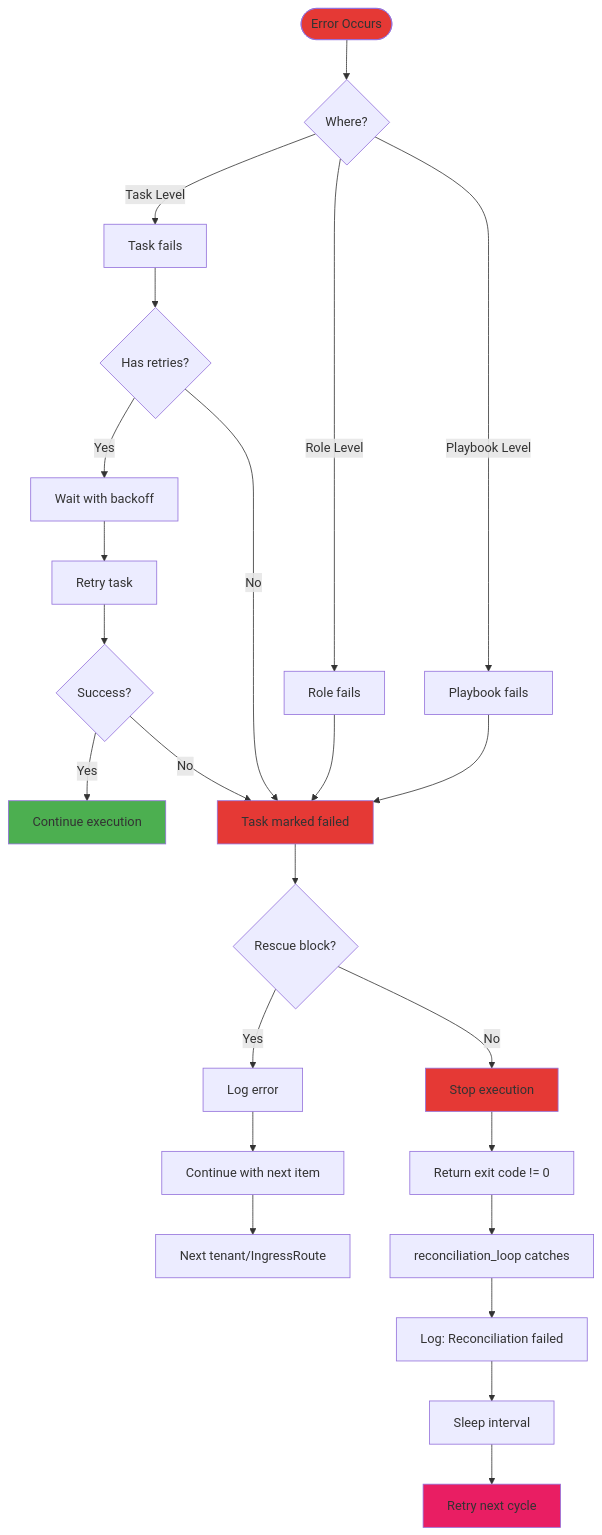
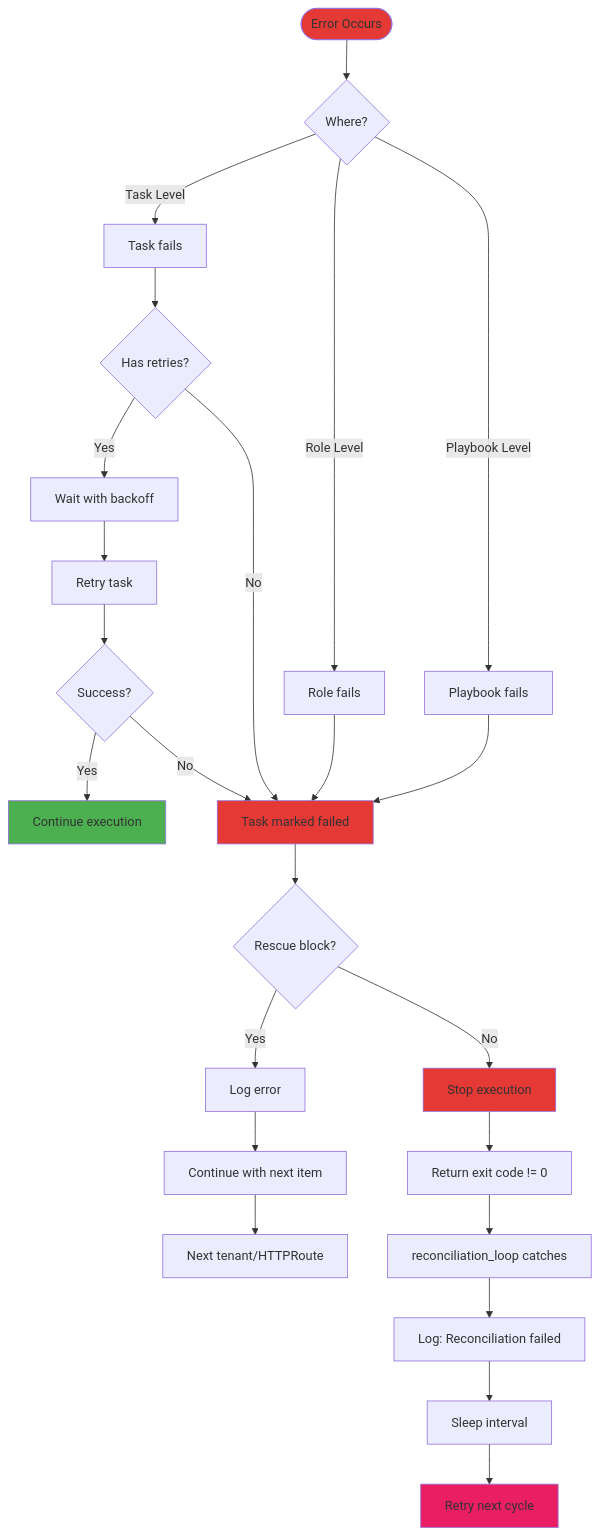
One commit to wheetazlab/cloudflare-zero-trust-operator changed diagram 19 of 20 in docs/flow.md. Above: the diagram before and after it, drawn with Mermaid. The commit also changed other lines of this file and 24 other files, not shown here.

````diff
--- a/docs/flow.md
+++ b/docs/flow.md
@@ -1183,41 +1183,41 @@
 ```mermaid
 flowchart TD
     ERROR([Error Occurs]) --> WHERE{Where?}
     
     WHERE -->|Task Level| TASK_ERR[Task fails]
     WHERE -->|Role Level| ROLE_ERR[Role fails]
     WHERE -->|Playbook Level| PLAY_ERR[Playbook fails]
     
     TASK_ERR --> RETRY{Has retries?}
     RETRY -->|Yes| WAIT[Wait with backoff]
     WAIT --> RETRY_EXEC[Retry task]
     RETRY_EXEC --> SUCCESS{Success?}
     SUCCESS -->|Yes| CONTINUE[Continue execution]
     SUCCESS -->|No| FAIL
     
     RETRY -->|No| FAIL[Task marked failed]
     
     ROLE_ERR --> FAIL
     PLAY_ERR --> FAIL
     
     FAIL --> RESCUE{Rescue block?}
     
     RESCUE -->|Yes| LOG_ERR[Log error]
     LOG_ERR --> CONTINUE_EXEC[Continue with next item]
     
     RESCUE -->|No| STOP[Stop execution]
     STOP --> EXIT_CODE[Return exit code != 0]
     
-    CONTINUE_EXEC --> NEXT[Next tenant/IngressRoute]
+    CONTINUE_EXEC --> NEXT[Next tenant/HTTPRoute]
     
     EXIT_CODE --> LOOP_CATCH[reconciliation_loop catches]
     LOOP_CATCH --> LOG_FAIL[Log: Reconciliation failed]
     LOG_FAIL --> SLEEP[Sleep interval]
     SLEEP --> RETRY_LOOP[Retry next cycle]
     
     style ERROR fill:#E53935
     style FAIL fill:#E53935
     style STOP fill:#E53935
     style CONTINUE fill:#4CAF50
     style RETRY_LOOP fill:#E91E63
 ```
````
